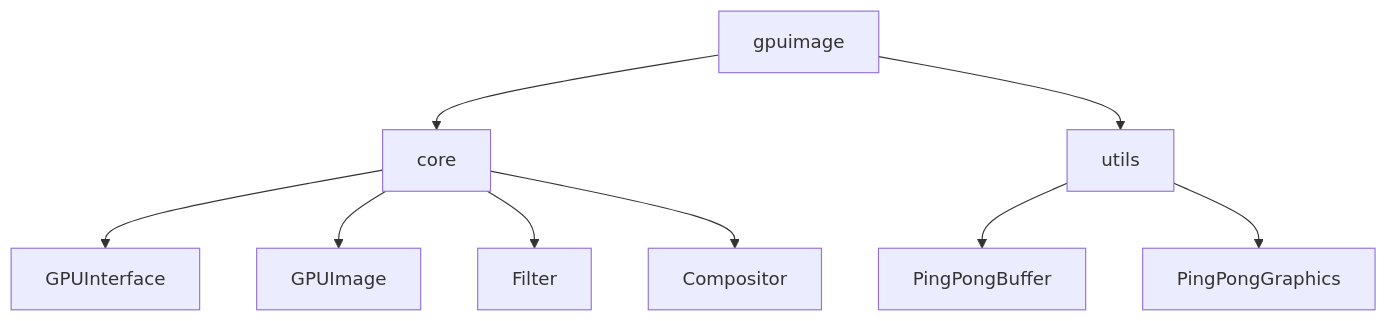
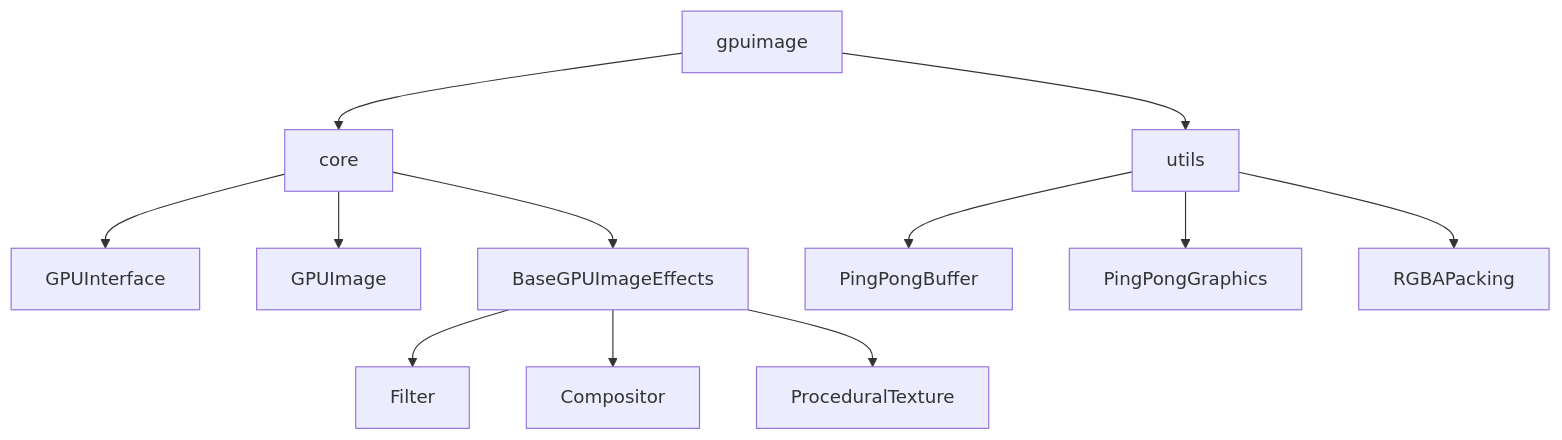
One commit to Bonjour-Interactive-Lab/Processing-GPUImage changed the diagram in README.md. Above: the diagram before and after it, drawn with Mermaid. The commit also changed other lines of this file, not shown here.

Commit message:
update design pattern

````diff
--- a/README.md
+++ b/README.md
@@ -12,11 +13,14 @@
 ```mermaid
 graph TD;
   gpuimage-->core;
   gpuimage-->utils;
   core-->GPUInterface
   core-->GPUImage
-  core-->Filter;
-  core-->Compositor
+  core-->BaseGPUImageEffects;
+  BaseGPUImageEffects-->Filter
+  BaseGPUImageEffects-->Compositor
+  BaseGPUImageEffects-->ProceduralTexture
   utils-->PingPongBuffer;
   utils-->PingPongGraphics;
+  utils-->RGBAPacking
 ```
````
